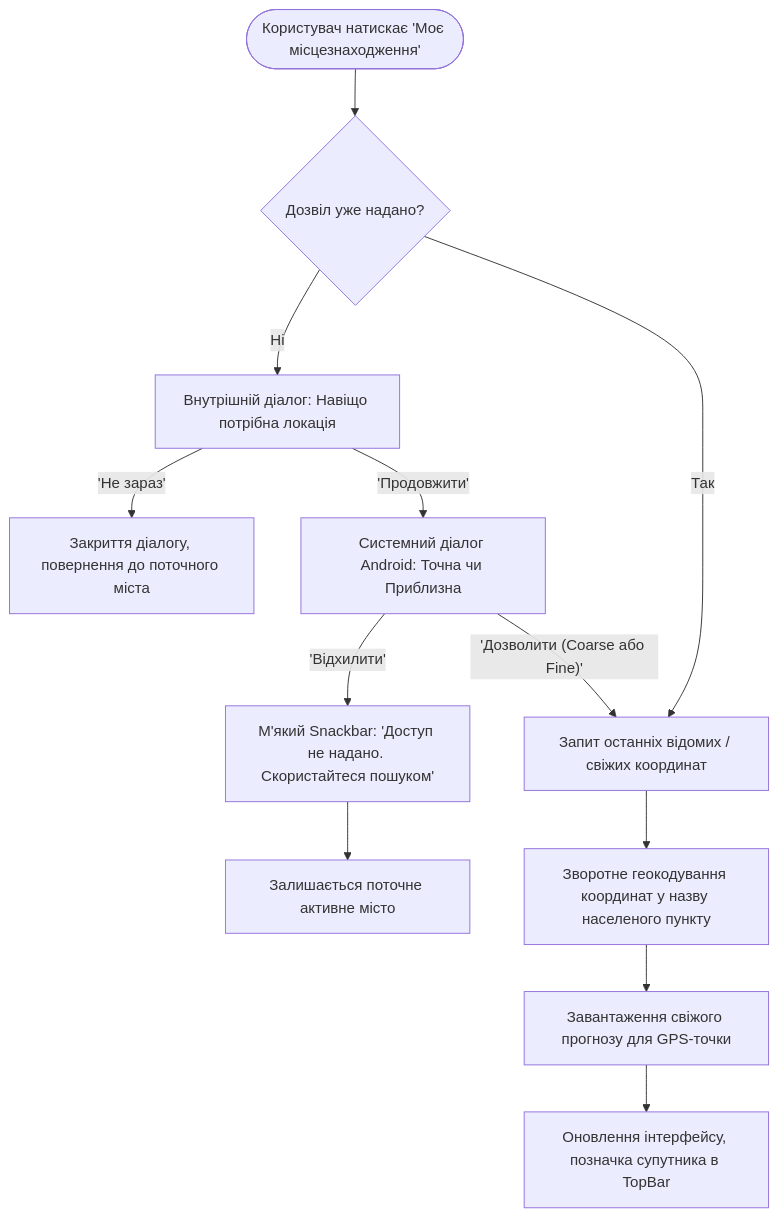
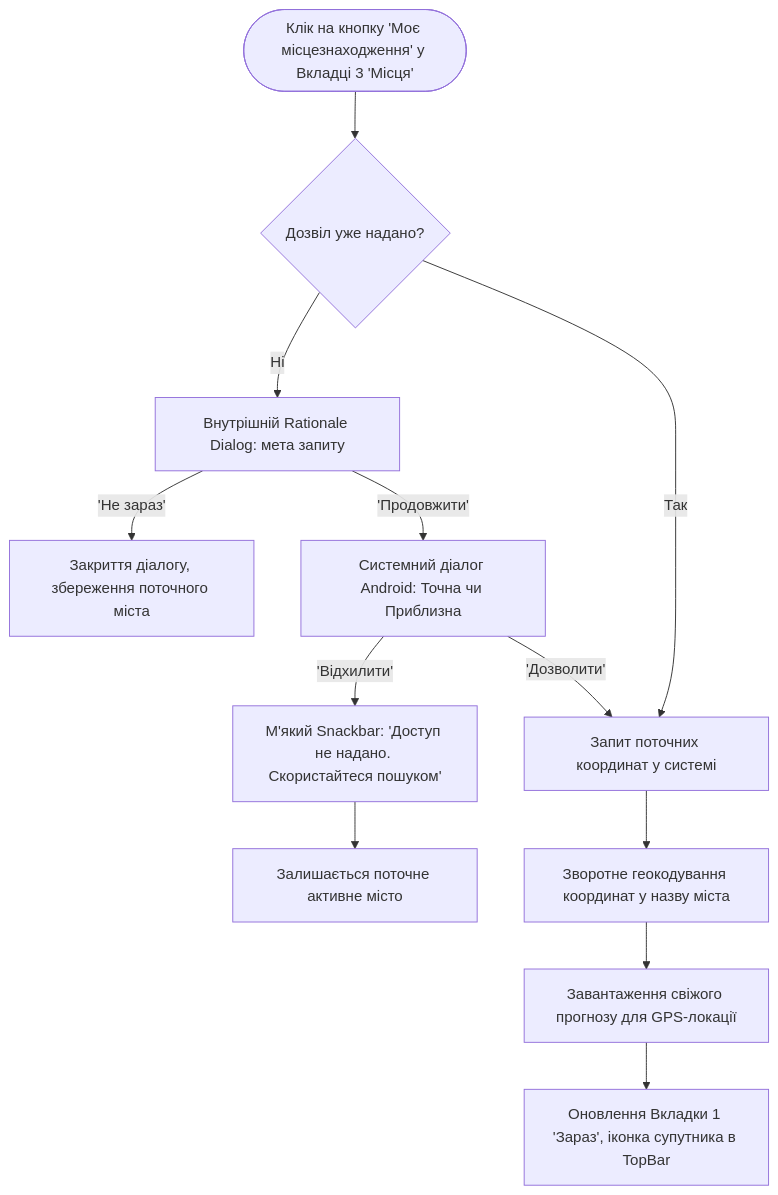
Before and after one commit to SaVoJ13/wather: the fourth of 10 diagrams in docs/ux/USER_FLOWS.md, drawn with Mermaid. The commit also changed other lines of this file and 10 other files, not shown here.

````diff
--- a/docs/ux/USER_FLOWS.md
+++ b/docs/ux/USER_FLOWS.md
@@ -248,18 +280,18 @@
 ```mermaid
 flowchart TD
-    ClickGPS([Користувач натискає 'Моє місцезнаходження']) --> CheckPerm{Дозвіл уже надано?}
+    ClickGPS([Клік на кнопку 'Моє місцезнаходження' у Вкладці 3 'Місця']) --> CheckPerm{Дозвіл уже надано?}
     
-    CheckPerm -- Так --> RequestCoords[Запит останніх відомих / свіжих координат]
-    CheckPerm -- Ні --> ShowRationale[Внутрішній діалог: Навіщо потрібна локація]
+    CheckPerm -- Так --> RequestCoords[Запит поточних координат у системі]
+    CheckPerm -- Ні --> ShowRationale[Внутрішній Rationale Dialog: мета запиту]
     
-    ShowRationale -- 'Не зараз' --> DismissDialog[Закриття діалогу, повернення до поточного міста]
+    ShowRationale -- 'Не зараз' --> DismissDialog[Закриття діалогу, збереження поточного міста]
     ShowRationale -- 'Продовжити' --> SystemPrompt[Системний діалог Android: Точна чи Приблизна]
     
     SystemPrompt -- 'Відхилити' --> DeniedState[М'який Snackbar: 'Доступ не надано. Скористайтеся пошуком']
     DeniedState --> KeepCurrentCity[Залишається поточне активне місто]
     
-    SystemPrompt -- 'Дозволити (Coarse або Fine)' --> RequestCoords
-    RequestCoords --> ReverseGeo[Зворотне геокодування координат у назву населеного пункту]
-    ReverseGeo --> LoadGPSWeather[Завантаження свіжого прогнозу для GPS-точки]
-    LoadGPSWeather --> UpdateUI[Оновлення інтерфейсу, позначка супутника в TopBar]
+    SystemPrompt -- 'Дозволити' --> RequestCoords
+    RequestCoords --> ReverseGeo[Зворотне геокодування координат у назву міста]
+    ReverseGeo --> LoadGPSWeather[Завантаження свіжого прогнозу для GPS-локації]
+    LoadGPSWeather --> UpdateUI[Оновлення Вкладки 1 'Зараз', іконка супутника в TopBar]
 ```
````
